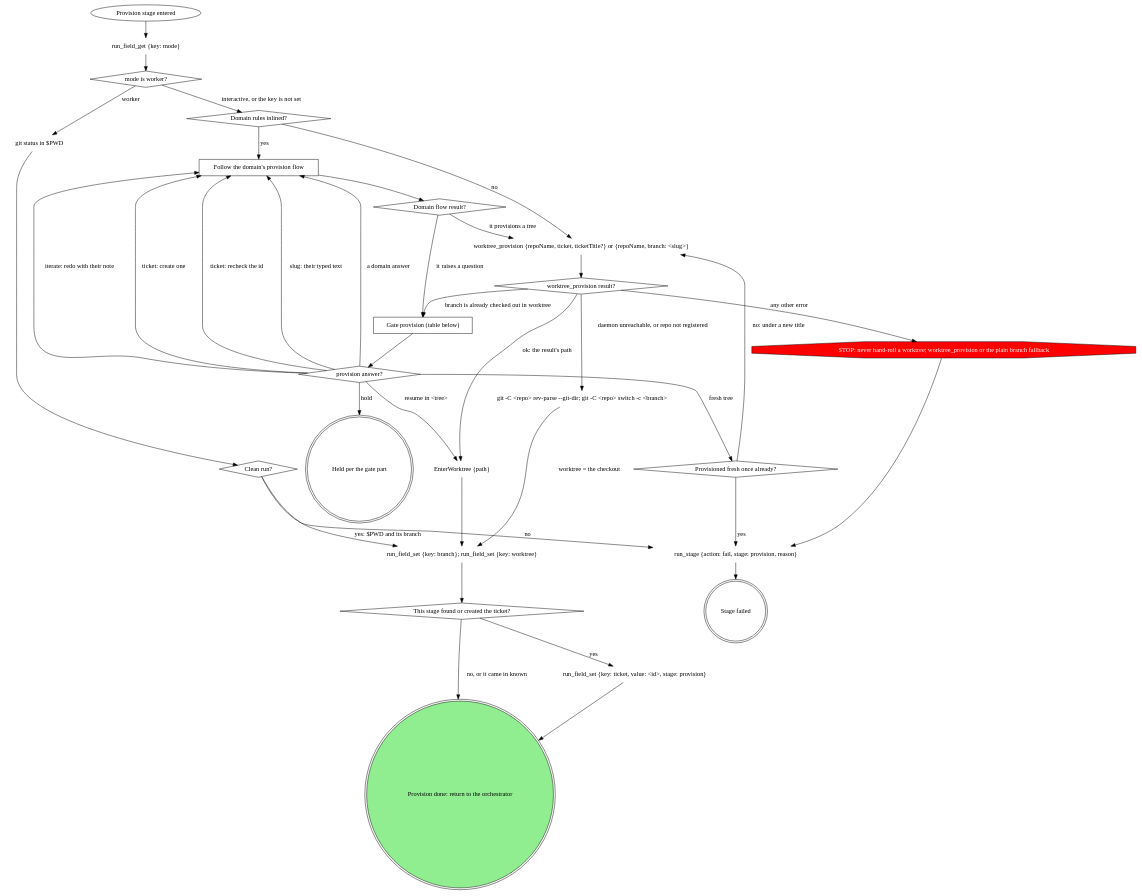
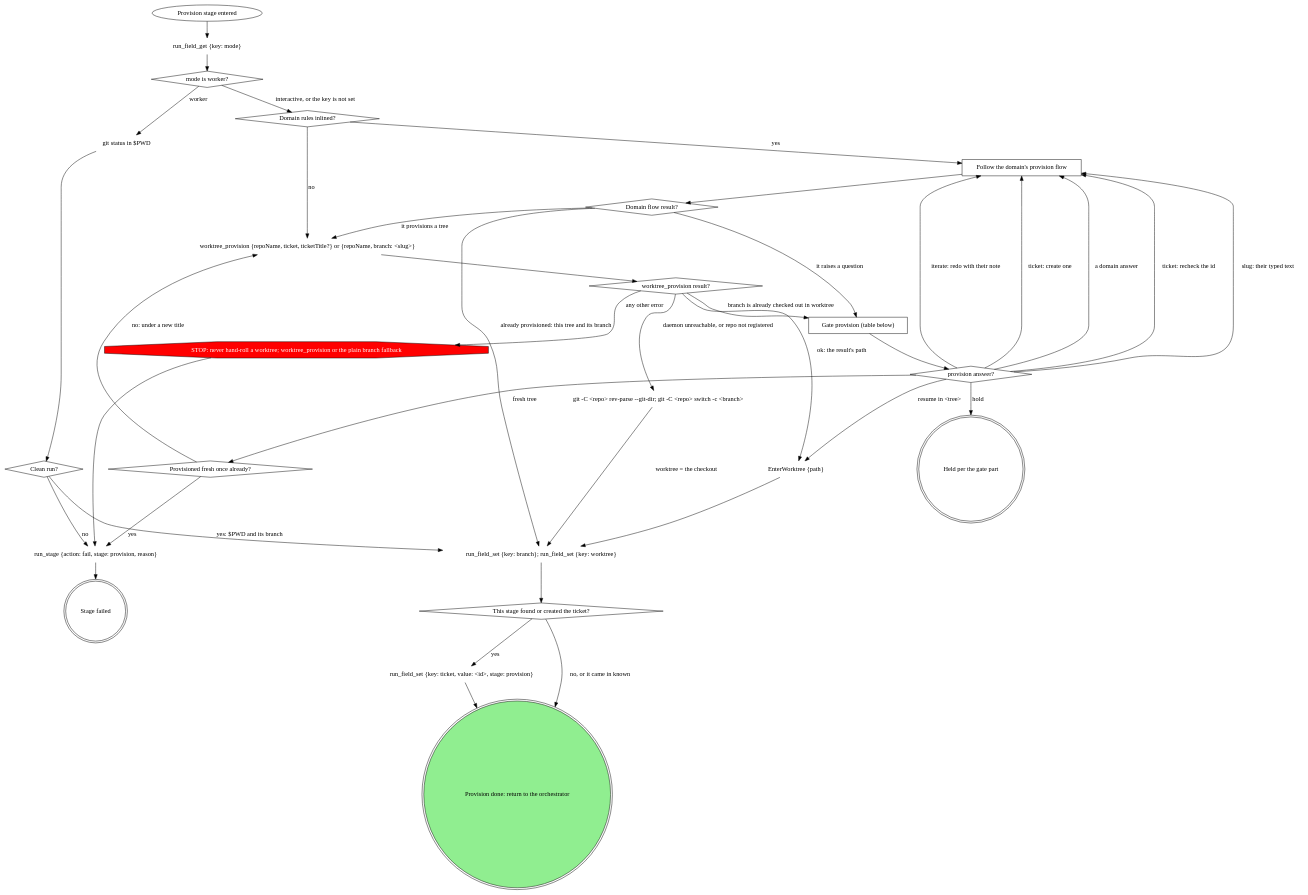
One commit to m4ttstack/skills changed the diagram in attachments/work-next/work-next-provision/SKILL.md. Above: the diagram before and after it, drawn with Graphviz. The commit also changed other lines of this file, not shown here.

Commit message:
work-next: provision graph finishes when the domain finds the tree already provisioned

````diff
--- a/attachments/work-next/work-next-provision/SKILL.md
+++ b/attachments/work-next/work-next-provision/SKILL.md
@@ -24,66 +24,67 @@
 ```dot
 digraph provision {
     rankdir=TB;
 
     "Provision stage entered" [shape=ellipse];
     "run_field_get {key: mode}" [shape=plaintext];
     "mode is worker?" [shape=diamond];
     "git status in $PWD" [shape=plaintext];
     "Clean run?" [shape=diamond];
     "Domain rules inlined?" [shape=diamond];
     "Follow the domain's provision flow" [shape=box];
     "Domain flow result?" [shape=diamond];
     "worktree_provision {repoName, ticket, ticketTitle?} or {repoName, branch: <slug>}" [shape=plaintext];
     "worktree_provision result?" [shape=diamond];
     "EnterWorktree {path}" [shape=plaintext];
     "Gate provision (table below)" [shape=box];
     "provision answer?" [shape=diamond];
     "Provisioned fresh once already?" [shape=diamond];
     "git -C <repo> rev-parse --git-dir; git -C <repo> switch -c <branch>" [shape=plaintext];
     "STOP: never hand-roll a worktree; worktree_provision or the plain branch fallback" [shape=octagon style=filled fillcolor=red fontcolor=white];
     "run_field_set {key: branch}; run_field_set {key: worktree}" [shape=plaintext];
     "This stage found or created the ticket?" [shape=diamond];
     "run_field_set {key: ticket, value: <id>, stage: provision}" [shape=plaintext];
     "run_stage {action: fail, stage: provision, reason}" [shape=plaintext];
     "Held per the gate part" [shape=doublecircle];
     "Stage failed" [shape=doublecircle];
     "Provision done: return to the orchestrator" [shape=doublecircle style=filled fillcolor=lightgreen];
 
     "Provision stage entered" -> "run_field_get {key: mode}";
     "run_field_get {key: mode}" -> "mode is worker?";
     "mode is worker?" -> "git status in $PWD" [label="worker"];
     "mode is worker?" -> "Domain rules inlined?" [label="interactive, or the key is not set"];
     "git status in $PWD" -> "Clean run?";
     "Clean run?" -> "run_field_set {key: branch}; run_field_set {key: worktree}" [label="yes: $PWD and its branch"];
     "Clean run?" -> "run_stage {action: fail, stage: provision, reason}" [label="no"];
     "Domain rules inlined?" -> "Follow the domain's provision flow" [label="yes"];
     "Domain rules inlined?" -> "worktree_provision {repoName, ticket, ticketTitle?} or {repoName, branch: <slug>}" [label="no"];
     "Follow the domain's provision flow" -> "Domain flow result?";
     "Domain flow result?" -> "worktree_provision {repoName, ticket, ticketTitle?} or {repoName, branch: <slug>}" [label="it provisions a tree"];
     "Domain flow result?" -> "Gate provision (table below)" [label="it raises a question"];
+    "Domain flow result?" -> "run_field_set {key: branch}; run_field_set {key: worktree}" [label="already provisioned: this tree and its branch"];
     "worktree_provision {repoName, ticket, ticketTitle?} or {repoName, branch: <slug>}" -> "worktree_provision result?";
     "worktree_provision result?" -> "EnterWorktree {path}" [label="ok: the result's path"];
     "worktree_provision result?" -> "Gate provision (table below)" [label="branch is already checked out in worktree"];
     "worktree_provision result?" -> "git -C <repo> rev-parse --git-dir; git -C <repo> switch -c <branch>" [label="daemon unreachable, or repo not registered"];
     "worktree_provision result?" -> "STOP: never hand-roll a worktree; worktree_provision or the plain branch fallback" [label="any other error"];
     "STOP: never hand-roll a worktree; worktree_provision or the plain branch fallback" -> "run_stage {action: fail, stage: provision, reason}";
     "git -C <repo> rev-parse --git-dir; git -C <repo> switch -c <branch>" -> "run_field_set {key: branch}; run_field_set {key: worktree}" [label="worktree = the checkout"];
     "EnterWorktree {path}" -> "run_field_set {key: branch}; run_field_set {key: worktree}";
     "Gate provision (table below)" -> "provision answer?";
     "provision answer?" -> "EnterWorktree {path}" [label="resume in <tree>"];
     "provision answer?" -> "Provisioned fresh once already?" [label="fresh tree"];
     "provision answer?" -> "Follow the domain's provision flow" [label="ticket: create one"];
     "provision answer?" -> "Follow the domain's provision flow" [label="ticket: recheck the id"];
     "provision answer?" -> "Follow the domain's provision flow" [label="slug: their typed text"];
     "provision answer?" -> "Follow the domain's provision flow" [label="a domain answer"];
     "provision answer?" -> "Follow the domain's provision flow" [label="iterate: redo with their note"];
     "provision answer?" -> "Held per the gate part" [label="hold"];
     "Provisioned fresh once already?" -> "worktree_provision {repoName, ticket, ticketTitle?} or {repoName, branch: <slug>}" [label="no: under a new title"];
     "Provisioned fresh once already?" -> "run_stage {action: fail, stage: provision, reason}" [label="yes"];
     "run_field_set {key: branch}; run_field_set {key: worktree}" -> "This stage found or created the ticket?";
     "This stage found or created the ticket?" -> "run_field_set {key: ticket, value: <id>, stage: provision}" [label="yes"];
     "This stage found or created the ticket?" -> "Provision done: return to the orchestrator" [label="no, or it came in known"];
     "run_field_set {key: ticket, value: <id>, stage: provision}" -> "Provision done: return to the orchestrator";
     "run_stage {action: fail, stage: provision, reason}" -> "Stage failed";
 }
 ```
````
